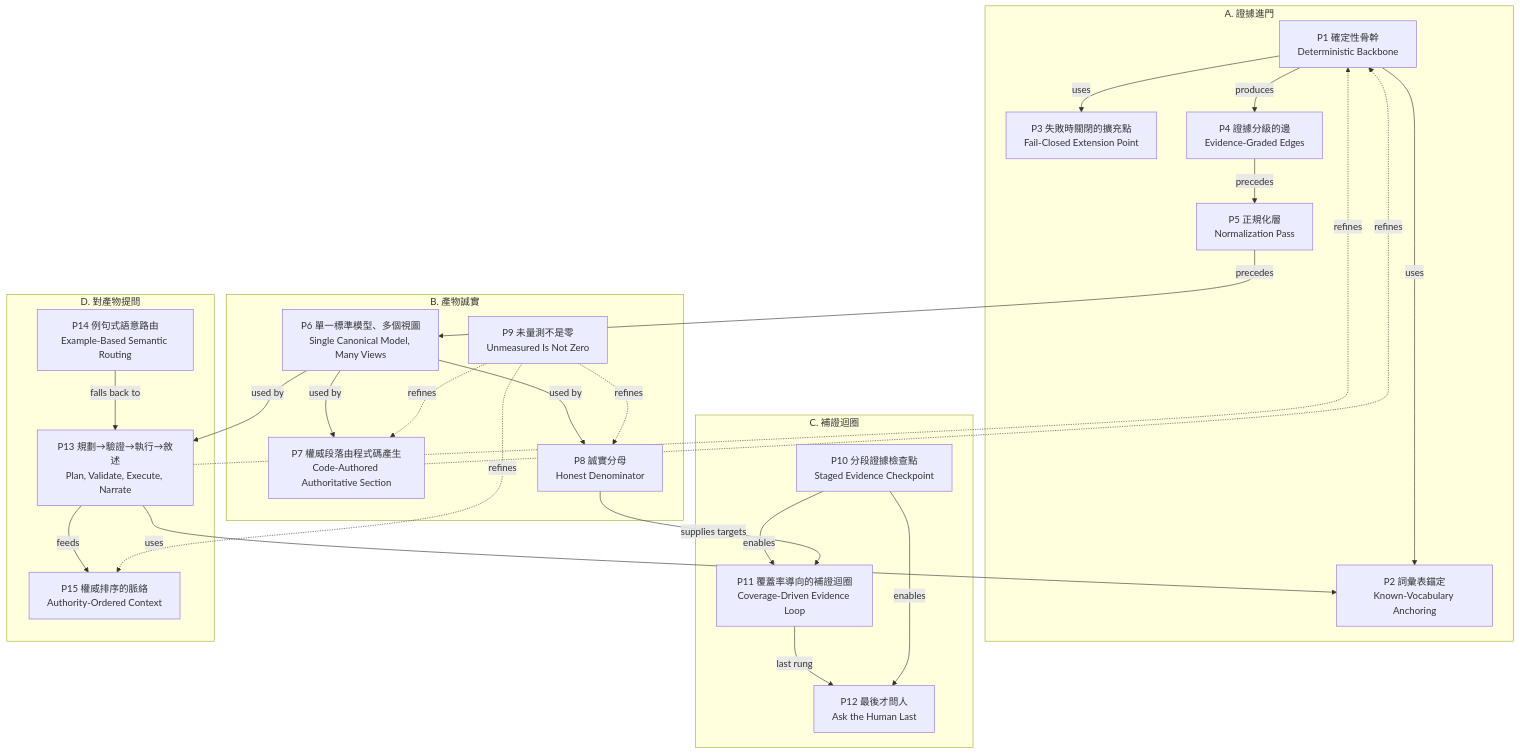
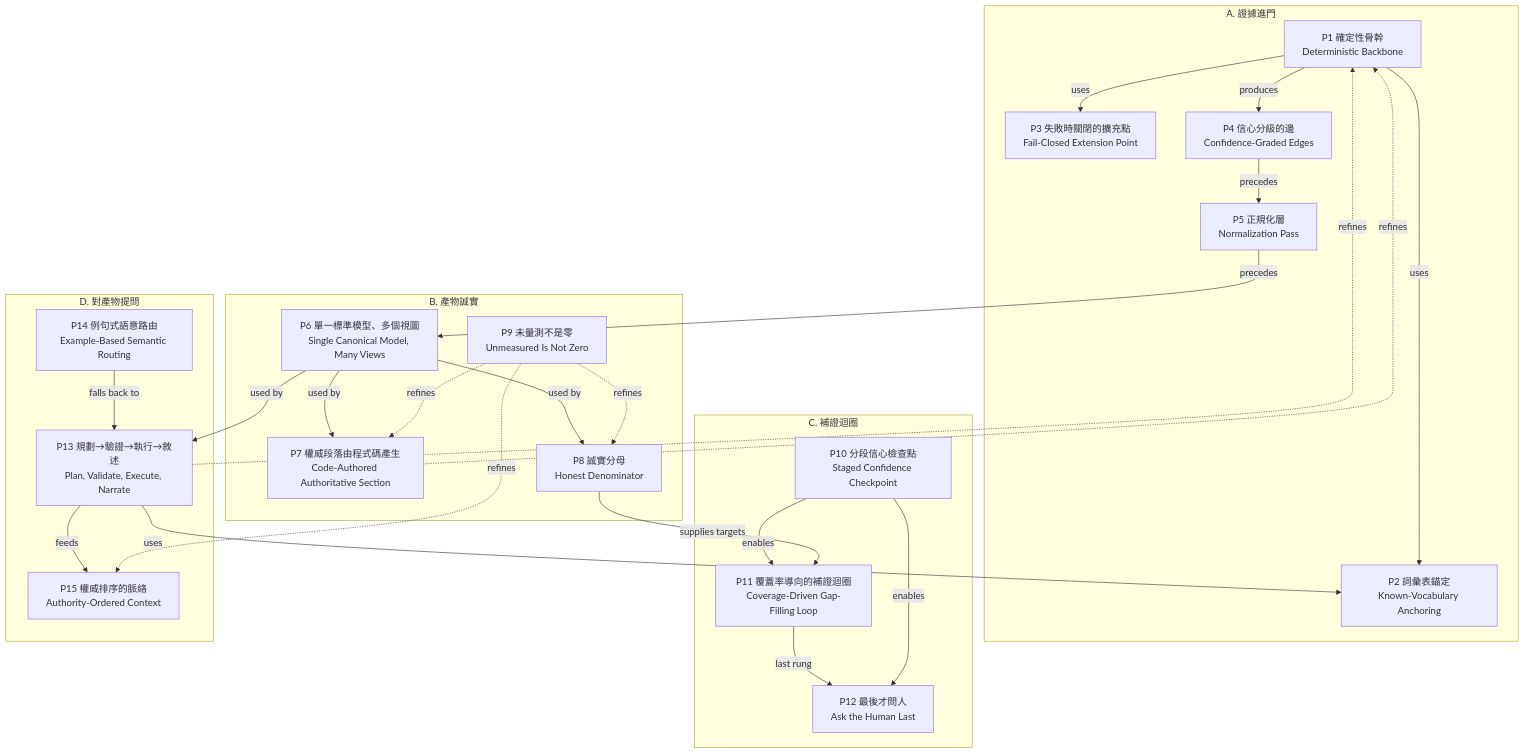
One commit to ANYuu531/ChatOps4Msa-Pipeline changed the diagram in docs/pattern-catalog-asianplop.md. Above: the diagram before and after it, drawn with Mermaid. The commit also changed other lines of this file and 23 other files, not shown here.

````diff
--- a/docs/pattern-catalog-asianplop.md
+++ b/docs/pattern-catalog-asianplop.md
@@ -81,47 +81,47 @@
 ```mermaid
 flowchart TB
     subgraph A["A. 證據進門"]
         P1["P1 確定性骨幹<br/>Deterministic Backbone"]
         P2["P2 詞彙表錨定<br/>Known-Vocabulary Anchoring"]
         P3["P3 失敗時關閉的擴充點<br/>Fail-Closed Extension Point"]
-        P4["P4 證據分級的邊<br/>Evidence-Graded Edges"]
+        P4["P4 信心分級的邊<br/>Confidence-Graded Edges"]
         P5["P5 正規化層<br/>Normalization Pass"]
     end
     subgraph B["B. 產物誠實"]
         P6["P6 單一標準模型、多個視圖<br/>Single Canonical Model, Many Views"]
         P7["P7 權威段落由程式碼產生<br/>Code-Authored Authoritative Section"]
         P8["P8 誠實分母<br/>Honest Denominator"]
         P9["P9 未量測不是零<br/>Unmeasured Is Not Zero"]
     end
     subgraph C["C. 補證迴圈"]
-        P10["P10 分段證據檢查點<br/>Staged Evidence Checkpoint"]
-        P11["P11 覆蓋率導向的補證迴圈<br/>Coverage-Driven Evidence Loop"]
+        P10["P10 分段信心檢查點<br/>Staged Confidence Checkpoint"]
+        P11["P11 覆蓋率導向的補證迴圈<br/>Coverage-Driven Gap-Filling Loop"]
         P12["P12 最後才問人<br/>Ask the Human Last"]
     end
     subgraph D["D. 對產物提問"]
         P13["P13 規劃→驗證→執行→敘述<br/>Plan, Validate, Execute, Narrate"]
         P14["P14 例句式語意路由<br/>Example-Based Semantic Routing"]
         P15["P15 權威排序的脈絡<br/>Authority-Ordered Context"]
     end
 
     P1 -->|uses| P2
     P1 -->|uses| P3
     P1 -->|produces| P4
     P4 -->|precedes| P5
     P5 -->|precedes| P6
     P6 -->|used by| P7
     P6 -->|used by| P8
     P9 -.->|refines| P8
     P9 -.->|refines| P7
     P7 -.->|refines| P1
     P10 -->|enables| P11
     P8 -->|supplies targets| P11
     P11 -->|last rung| P12
     P10 -->|enables| P12
     P6 -->|used by| P13
     P13 -.->|refines| P1
     P13 -->|uses| P2
     P14 -->|falls back to| P13
     P13 -->|feeds| P15
     P9 -.->|refines| P15
 ```
````
